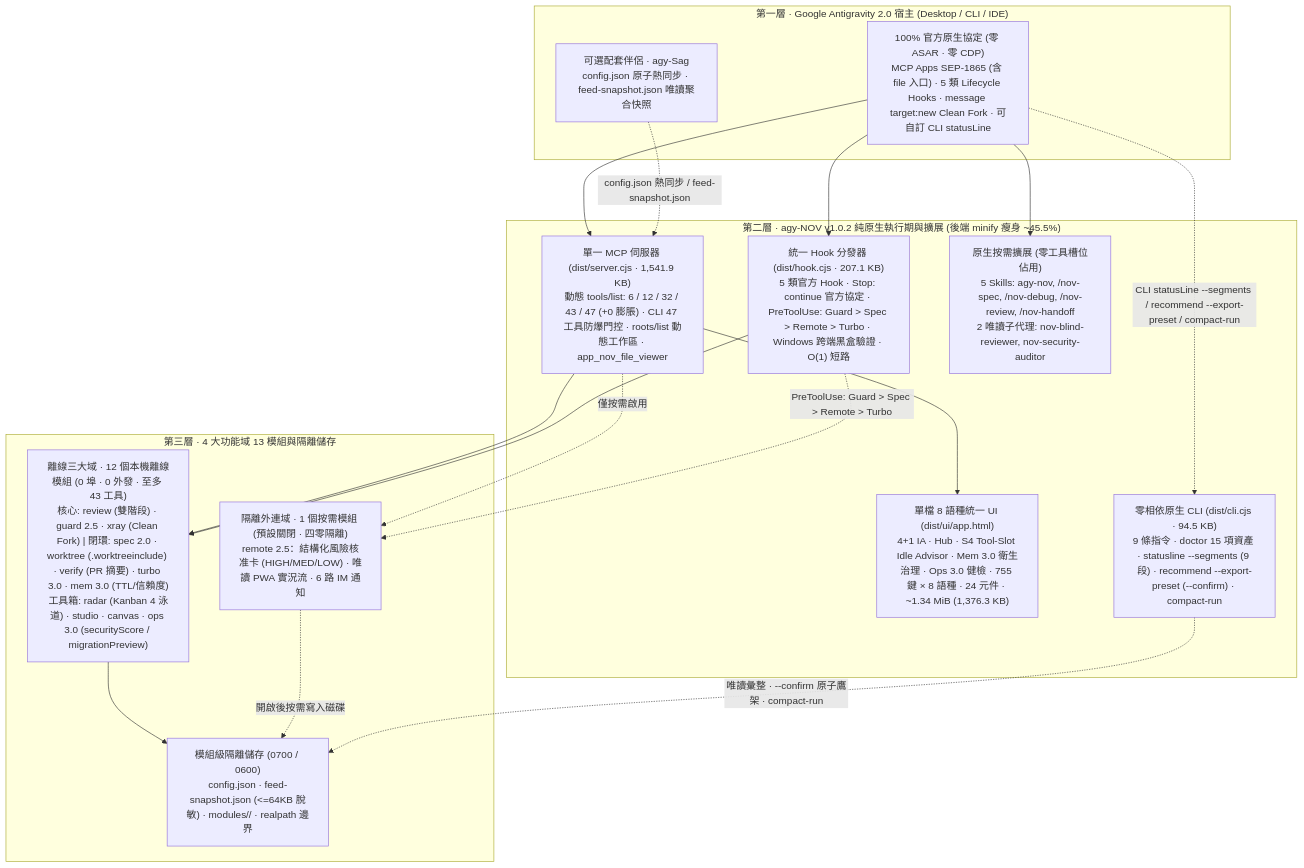
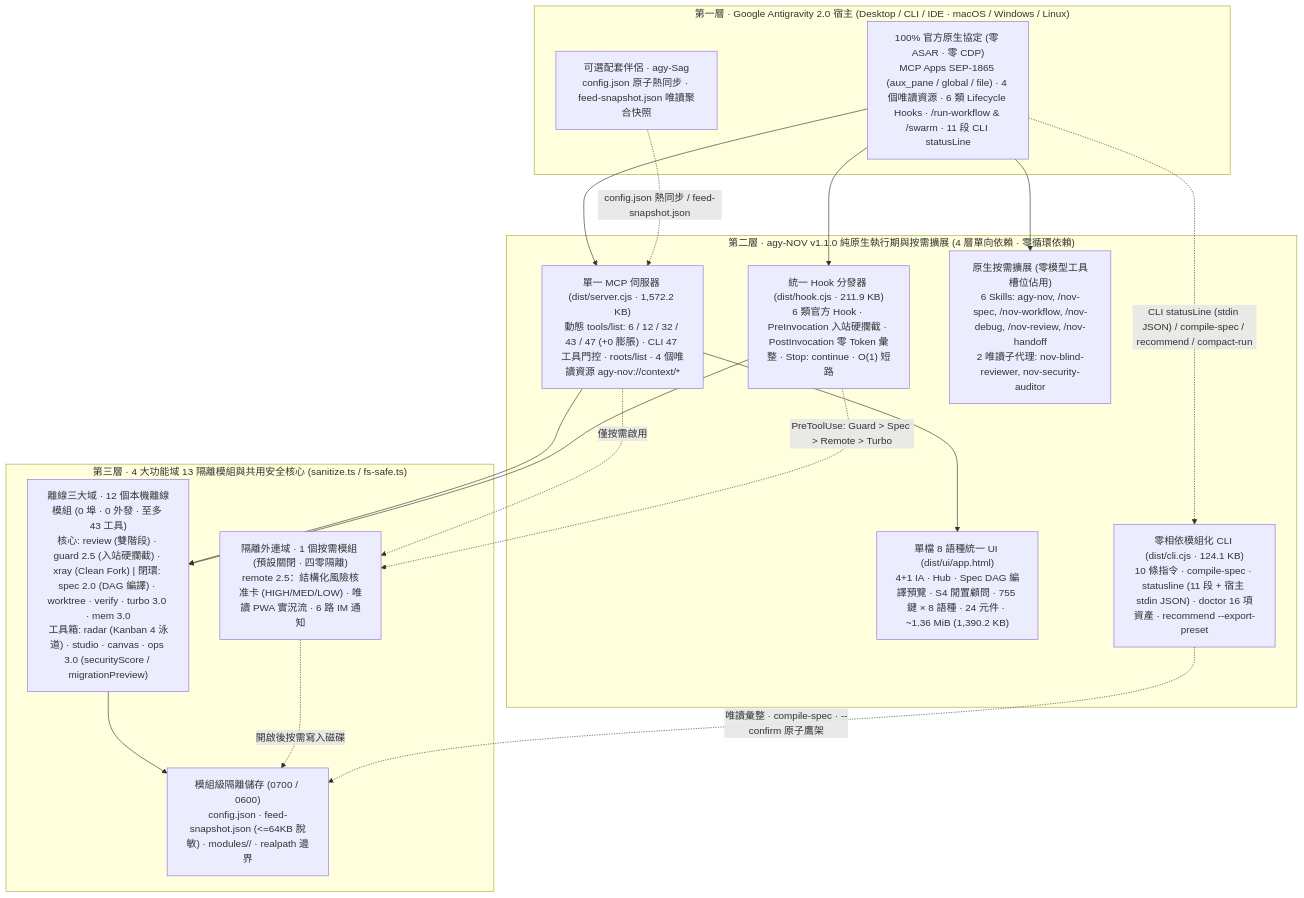
The diagram in docs/i18n/README.zh-TW.md (tone-leh/agy-NOV), drawn with Mermaid before and after one commit. The commit also changed other lines of this file and 51 other files, not shown here.

Commit message:
feat(v1.1.0): Spec DAG workflow compiler, 6-Hook protocol, MCP context resources & CLI statusLine fusion

````diff
--- a/docs/i18n/README.zh-TW.md
+++ b/docs/i18n/README.zh-TW.md
@@ -243,35 +242,35 @@
 ```mermaid
 flowchart TB
-  subgraph L1["第一層 · Google Antigravity 2.0 宿主 (Desktop / CLI / IDE)"]
-    Host["100% 官方原生協定 (零 ASAR · 零 CDP)\nMCP Apps SEP-1865 (含 file 入口) · 5 類 Lifecycle Hooks · message target:new Clean Fork · 可自訂 CLI statusLine"]
+  subgraph L1["第一層 · Google Antigravity 2.0 宿主 (Desktop / CLI / IDE · macOS / Windows / Linux)"]
+    Host["100% 官方原生協定 (零 ASAR · 零 CDP)\nMCP Apps SEP-1865 (aux_pane / global / file) · 4 個唯讀資源 · 6 類 Lifecycle Hooks · /run-workflow & /swarm · 11 段 CLI statusLine"]
     Sag["可選配套伴侶 · agy-Sag\nconfig.json 原子熱同步 · feed-snapshot.json 唯讀聚合快照"]
   end
 
-  subgraph L2["第二層 · agy-NOV v1.0.2 純原生執行期與擴展 (後端 minify 瘦身 ~45.5%)"]
-    MCP["單一 MCP 伺服器 (dist/server.cjs · 1,541.9 KB)\n動態 tools/list: 6 / 12 / 32 / 43 / 47 (+0 膨脹) · CLI 47 工具防爆門控 · roots/list 動態工作區 · app_nov_file_viewer"]
-    Hook["統一 Hook 分發器 (dist/hook.cjs · 207.1 KB)\n5 類官方 Hook · Stop: continue 官方協定 · PreToolUse: Guard > Spec > Remote > Turbo · Windows 跨端黑盒驗證 · O(1) 短路"]
-    UI["單檔 8 語種統一 UI (dist/ui/app.html)\n4+1 IA · Hub · S4 Tool-Slot Idle Advisor · Mem 3.0 衛生治理 · Ops 3.0 健檢 · 755 鍵 × 8 語種 · 24 元件 · ~1.34 MiB (1,376.3 KB)"]
-    Ext["原生按需擴展 (零工具槽位佔用)\n5 Skills: agy-nov, /nov-spec, /nov-debug, /nov-review, /nov-handoff\n2 唯讀子代理: nov-blind-reviewer, nov-security-auditor"]
-    CLI["零相依原生 CLI (dist/cli.cjs · 94.5 KB)\n9 條指令 · doctor 15 項資產 · statusline --segments (9 段) · recommend --export-preset (--confirm) · compact-run"]
+  subgraph L2["第二層 · agy-NOV v1.1.0 純原生執行期與按需擴展 (4 層單向依賴 · 零循環依賴)"]
+    MCP["單一 MCP 伺服器 (dist/server.cjs · 1,572.2 KB)\n動態 tools/list: 6 / 12 / 32 / 43 / 47 (+0 膨脹) · CLI 47 工具門控 · roots/list · 4 個唯讀資源 agy-nov://context/*"]
+    Hook["統一 Hook 分發器 (dist/hook.cjs · 211.9 KB)\n6 類官方 Hook · PreInvocation 入站硬攔截 · PostInvocation 零 Token 彙整 · Stop: continue · O(1) 短路"]
+    UI["單檔 8 語種統一 UI (dist/ui/app.html)\n4+1 IA · Hub · Spec DAG 編譯預覽 · S4 閒置顧問 · 755 鍵 × 8 語種 · 24 元件 · ~1.36 MiB (1,390.2 KB)"]
+    Ext["原生按需擴展 (零模型工具槽位佔用)\n6 Skills: agy-nov, /nov-spec, /nov-workflow, /nov-debug, /nov-review, /nov-handoff\n2 唯讀子代理: nov-blind-reviewer, nov-security-auditor"]
+    CLI["零相依模組化 CLI (dist/cli.cjs · 124.1 KB)\n10 條指令 · compile-spec · statusline (11 段 + 宿主 stdin JSON) · doctor 16 項資產 · recommend --export-preset"]
   end
 
-  subgraph L3["第三層 · 4 大功能域 13 模組與隔離儲存"]
-    T1["離線三大域 · 12 個本機離線模組 (0 埠 · 0 外發 · 至多 43 工具)\n核心: review (雙階段) · guard 2.5 · xray (Clean Fork) | 閉環: spec 2.0 · worktree (.worktreeinclude) · verify (PR 摘要) · turbo 3.0 · mem 3.0 (TTL/信賴度)\n工具箱: radar (Kanban 4 泳道) · studio · canvas · ops 3.0 (securityScore / migrationPreview)"]
+  subgraph L3["第三層 · 4 大功能域 13 隔離模組與共用安全核心 (sanitize.ts / fs-safe.ts)"]
+    T1["離線三大域 · 12 個本機離線模組 (0 埠 · 0 外發 · 至多 43 工具)\n核心: review (雙階段) · guard 2.5 (入站硬攔截) · xray (Clean Fork) | 閉環: spec 2.0 (DAG 編譯) · worktree · verify · turbo 3.0 · mem 3.0\n工具箱: radar (Kanban 4 泳道) · studio · canvas · ops 3.0 (securityScore / migrationPreview)"]
     T2R["隔離外連域 · 1 個按需模組 (預設關閉 · 四零隔離)\nremote 2.5：結構化風險核准卡 (HIGH/MED/LOW) · 唯讀 PWA 實況流 · 6 路 IM 通知"]
     Store["模組級隔離儲存 (0700 / 0600)\nconfig.json · feed-snapshot.json (<=64KB 脫敏) · modules/<id>/ · realpath 邊界"]
   end
 
   Host --> MCP
   Host --> Hook
   Host --> Ext
-  Host -. "CLI statusLine --segments / recommend --export-preset / compact-run" .-> CLI
+  Host -. "CLI statusLine (stdin JSON) / compile-spec / recommend / compact-run" .-> CLI
   Sag -. "config.json 熱同步 / feed-snapshot.json" .-> MCP
   MCP --> UI
   MCP --> T1
   MCP -. "僅按需啟用" .-> T2R
   Hook --> T1
   Hook -. "PreToolUse: Guard > Spec > Remote > Turbo" .-> T2R
   T1 --> Store
   T2R -. "開啟後按需寫入磁碟" .-> Store
-  CLI -. "唯讀彙整 · --confirm 原子鷹架 · compact-run" .-> Store
+  CLI -. "唯讀彙整 · compile-spec · --confirm 原子鷹架" .-> Store
 ```
````
